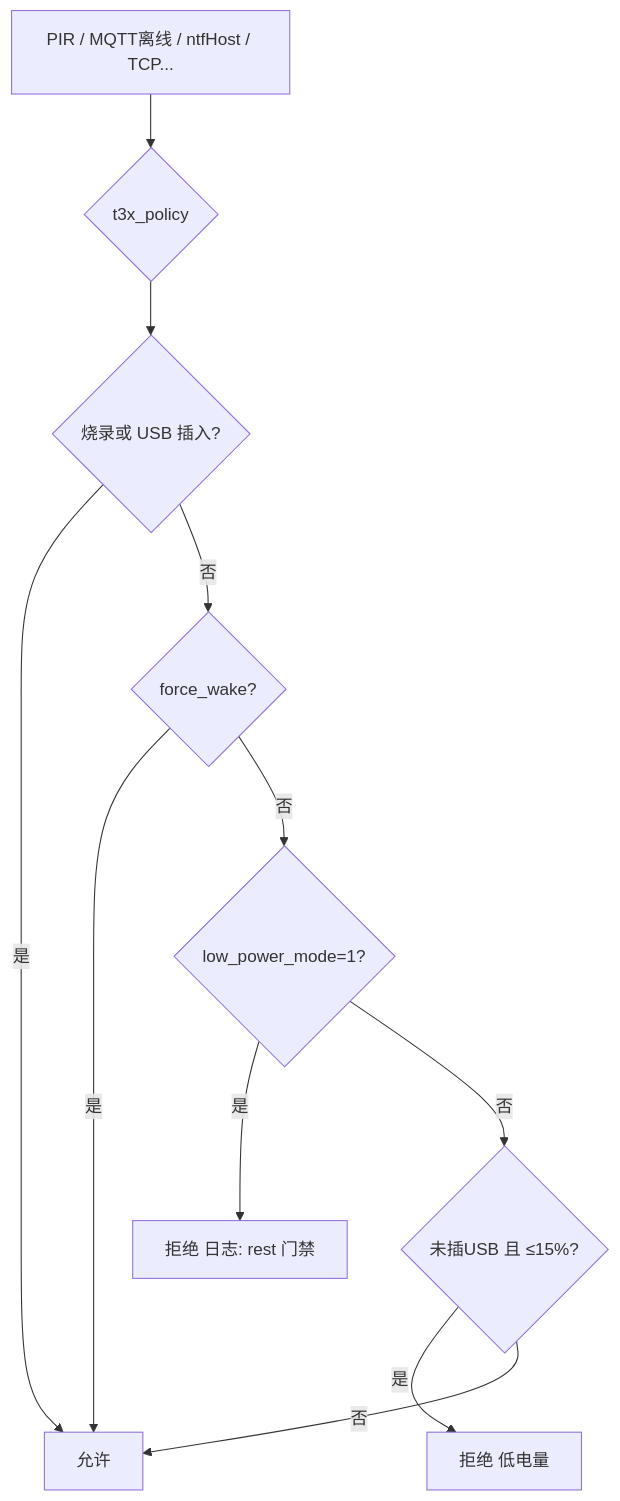
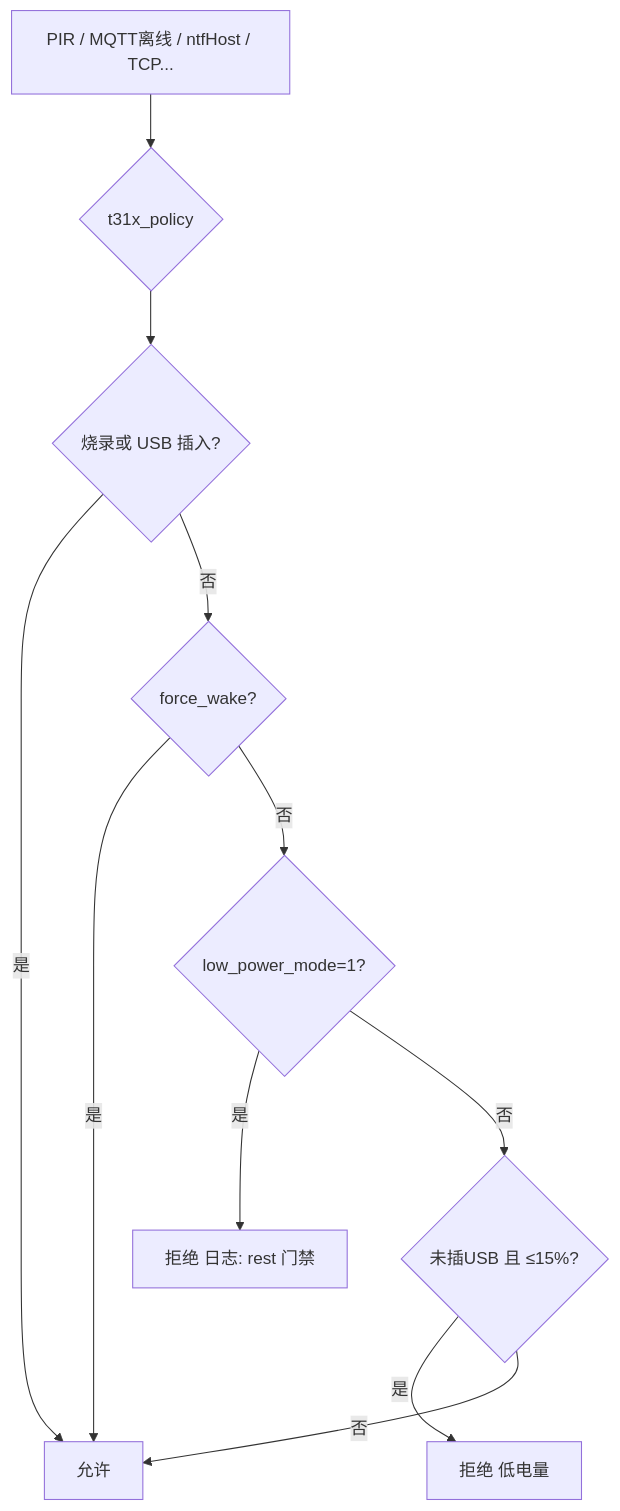
Before and after one commit to dzr1986/AIR780EHM: the fifth of 5 diagrams in doc/LOW_BATTERY_AND_LOW_POWER.md, drawn with Mermaid. The commit also changed other lines of this file and 402 other files, not shown here.

````diff
--- a/doc/LOW_BATTERY_AND_LOW_POWER.md
+++ b/doc/LOW_BATTERY_AND_LOW_POWER.md
@@ -149,13 +149,13 @@
 ```mermaid
 flowchart TD
-    A[PIR / MQTT离线 / ntfHost / TCP...] --> B{t3x_policy}
+    A[PIR / MQTT离线 / ntfHost / TCP...] --> B{t31x_policy}
     B --> C{烧录或 USB 插入?}
     C -->|是| OK[允许]
     C -->|否| D{force_wake?}
     D -->|是| OK
     D -->|否| E{low_power_mode=1?}
     E -->|是| DENY[拒绝 日志: rest 门禁]
     E -->|否| F{未插USB 且 ≤15%?}
     F -->|是| DENY2[拒绝 低电量]
     F -->|否| OK
 ```
````
